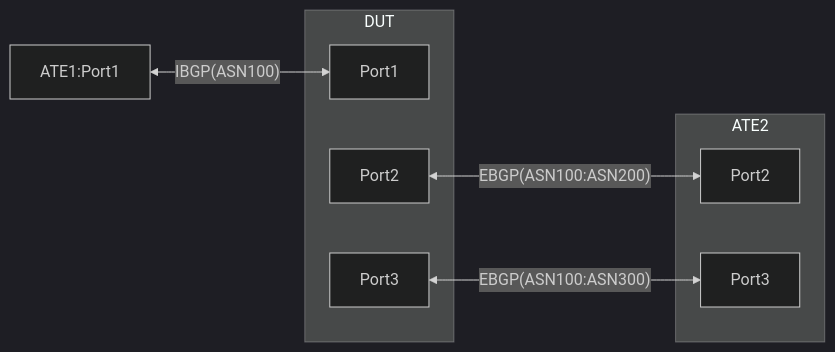
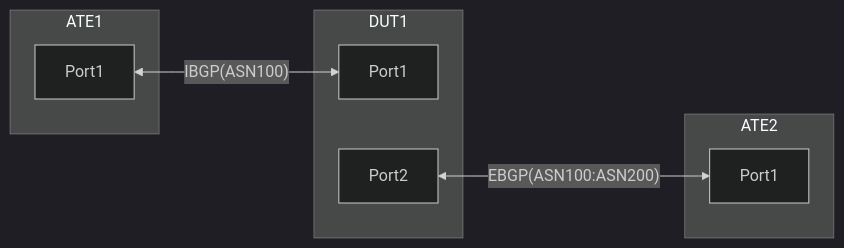
The diagram in feature/experimental/policy/policy_vrf_selection/otg_tests/policy_based_traffic_steering_default_to_nondefault/README.md (openconfig/featureprofiles), drawn with Mermaid (dark theme) before and after one commit. The commit also changed other lines of this file, not shown here.

````diff
--- a/feature/experimental/policy/policy_vrf_selection/otg_tests/policy_based_traffic_steering_default_to_nondefault/README.md
+++ b/feature/experimental/policy/policy_vrf_selection/otg_tests/policy_based_traffic_steering_default_to_nondefault/README.md
@@ -15,15 +11,15 @@
 ```mermaid
 graph LR; 
-subgraph DUT [DUT]
+subgraph ATE1 [ATE1]
+    A1[Port1] 
+end
+subgraph DUT1 [DUT1]
     B1[Port1]
     B2[Port2]
-    B3[Port3]
 end
 subgraph ATE2 [ATE2]
-    C2[Port2]
-    C3[Port3]
+    C1[Port1] 
 end
-A1[ATE1:Port1] <-- IBGP(ASN100) --> B1; 
-B2 <-- EBGP(ASN100:ASN200) --> C2;
-B3 <-- EBGP(ASN100:ASN300) --> C3;
+A1 <-- IBGP(ASN100) --> B1; 
+B2 <-- EBGP(ASN100:ASN200) --> C1;
 ```
````
